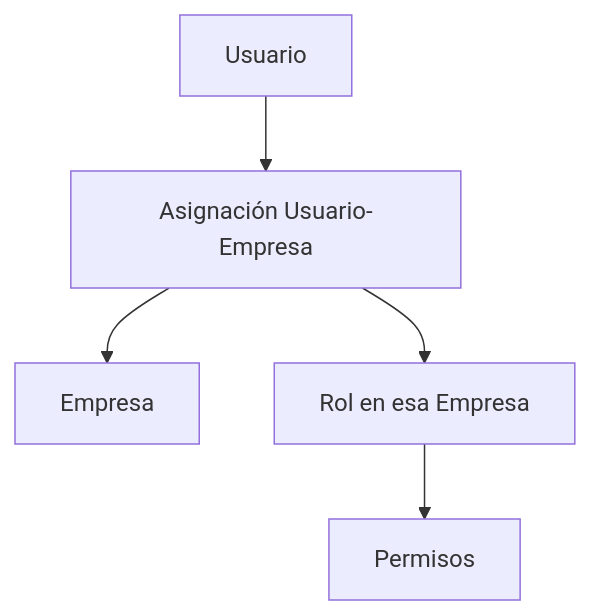
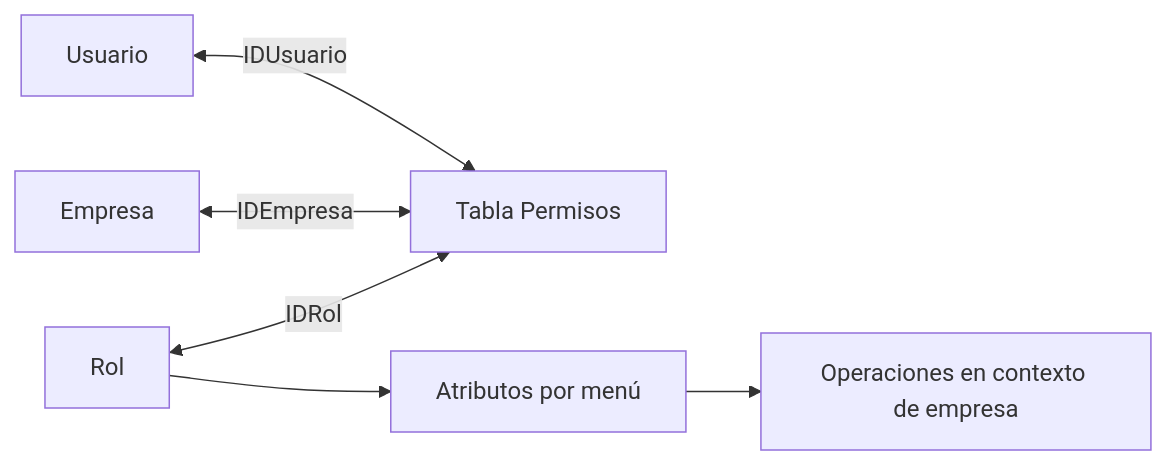
Before and after one commit to paqsystems/PaqSuite-IA-Partes-Atencion: the second of 7 diagrams in docs/01-arquitectura/06-mapa-visual-seguridad-roles-permisos-menu.md, drawn with Mermaid. The commit also changed other lines of this file and 213 other files, not shown here.

````diff
--- a/docs/01-arquitectura/06-mapa-visual-seguridad-roles-permisos-menu.md
+++ b/docs/01-arquitectura/06-mapa-visual-seguridad-roles-permisos-menu.md
@@ -29,7 +68,14 @@
 ```mermaid
-flowchart TD
-  U[Usuario] --> UA[Asignación Usuario-Empresa]
-  UA --> CO[Empresa]
-  UA --> R[Rol en esa Empresa]
-  R --> P[Permisos]
+flowchart LR
+  U[Usuario]
+  E[Empresa]
+  R[Rol]
+  T[Tabla Permisos]
+
+  U <-->|IDUsuario| T
+  E <-->|IDEmpresa| T
+  R <-->|IDRol| T
+
+  R --> A[Atributos por menú]
+  A --> OP[Operaciones en contexto de empresa]
 ```
````
